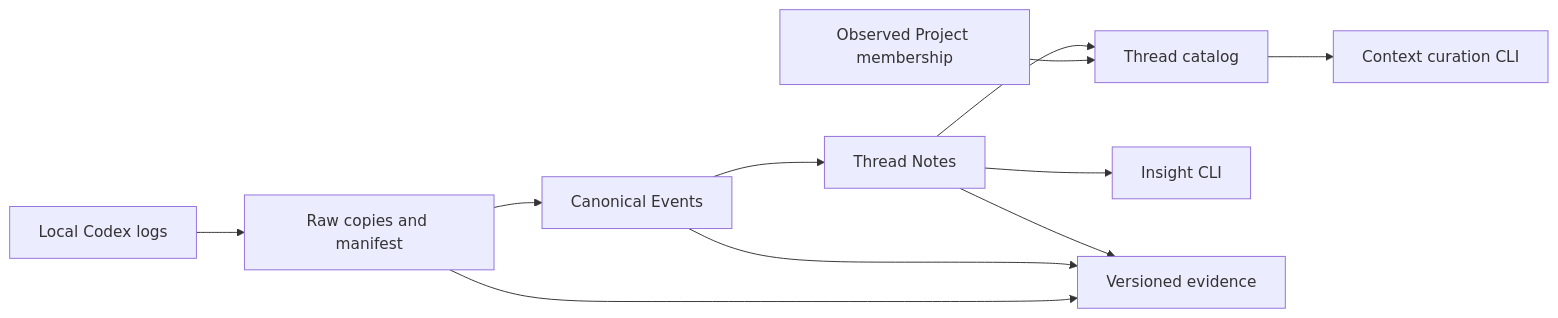
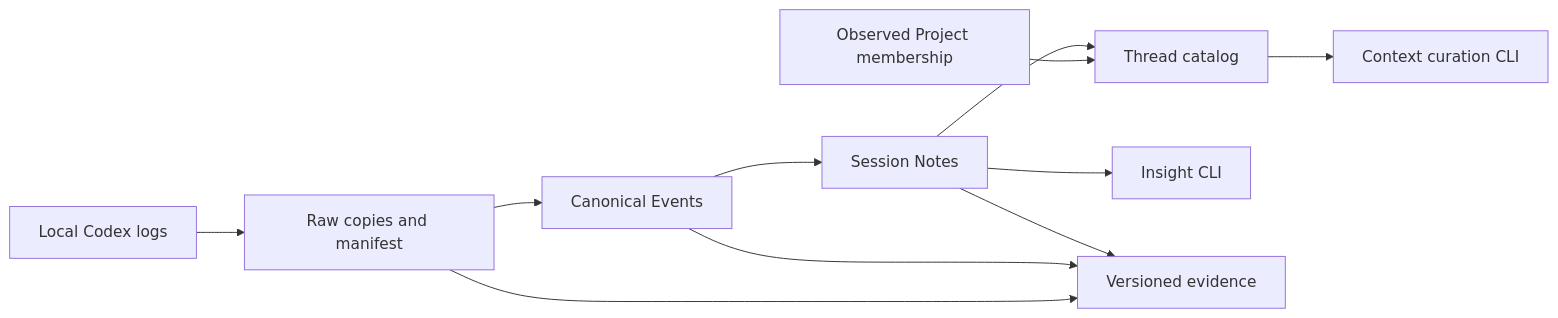
One commit to tuckn/tkn_codex_chat_note_pipeline changed the diagram in README.md. Above: the diagram before and after it, drawn with Mermaid. The commit also changed other lines of this file and 34 other files, not shown here.

First line of the commit message:
Refactor tests and update versioning for session notes migration

```diff
--- a/README.md
+++ b/README.md
@@ -167,13 +171,13 @@
 ~~~mermaid
 flowchart LR
     L["Local Codex logs"] --> R["Raw copies and manifest"]
     R --> E["Canonical Events"]
-    E --> T["Thread Notes"]
+    E --> T["Session Notes"]
     M["Observed Project membership"] --> C["Thread catalog"]
     T --> C
     C --> U["Context curation CLI"]
     T --> I["Insight CLI"]
     R --> P["Versioned evidence"]
     E --> P
     T --> P
 ~~~
```
